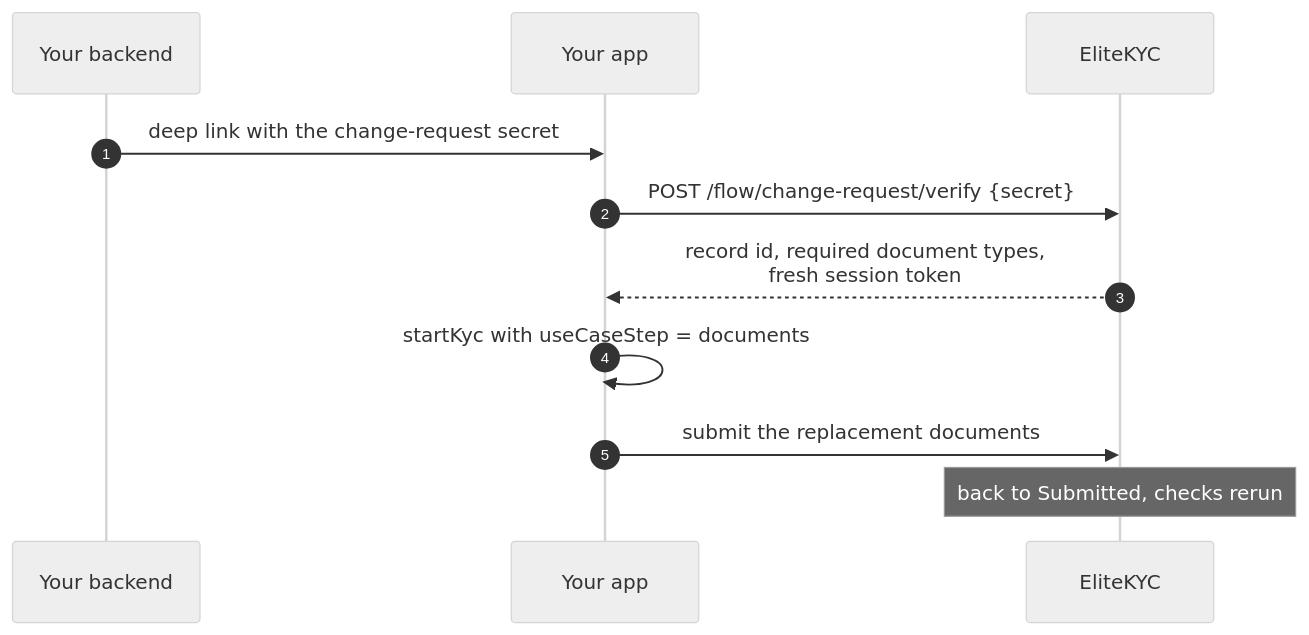
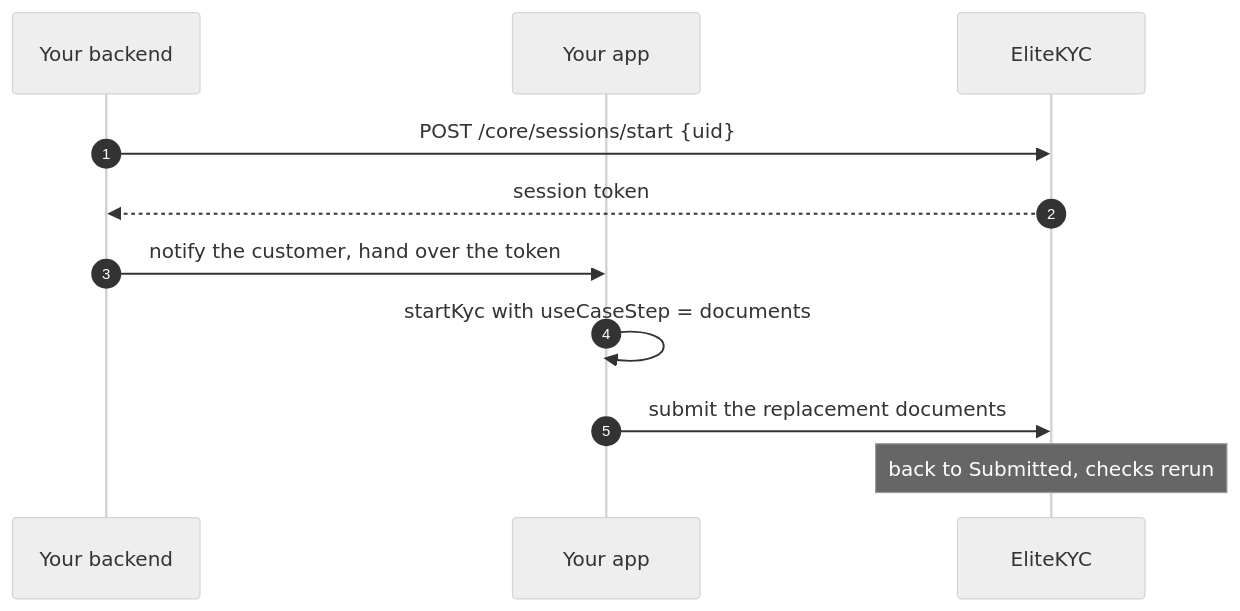
Before and after one commit to elitesoftiq/elitekyc_docs: the diagram in docs/sdk/advanced.md, drawn with Mermaid (neutral theme). The commit also changed other lines of this file and 9 other files, not shown here.

````diff
--- a/docs/sdk/advanced.md
+++ b/docs/sdk/advanced.md
@@ -79,14 +79,14 @@
 ```mermaid
 sequenceDiagram
     autonumber
     participant You as Your backend
     participant App as Your app
     participant EK as EliteKYC
 
-    You->>App: deep link with the change-request secret
-    App->>EK: POST /flow/change-request/verify {secret}
-    EK-->>App: record id, required document types,<br/>fresh session token
+    You->>EK: POST /core/sessions/start {uid}
+    EK-->>You: session token
+    You->>App: notify the customer, hand over the token
     App->>App: startKyc with useCaseStep = documents
     App->>EK: submit the replacement documents
     Note over EK: back to Submitted, checks rerun
 ```
````
